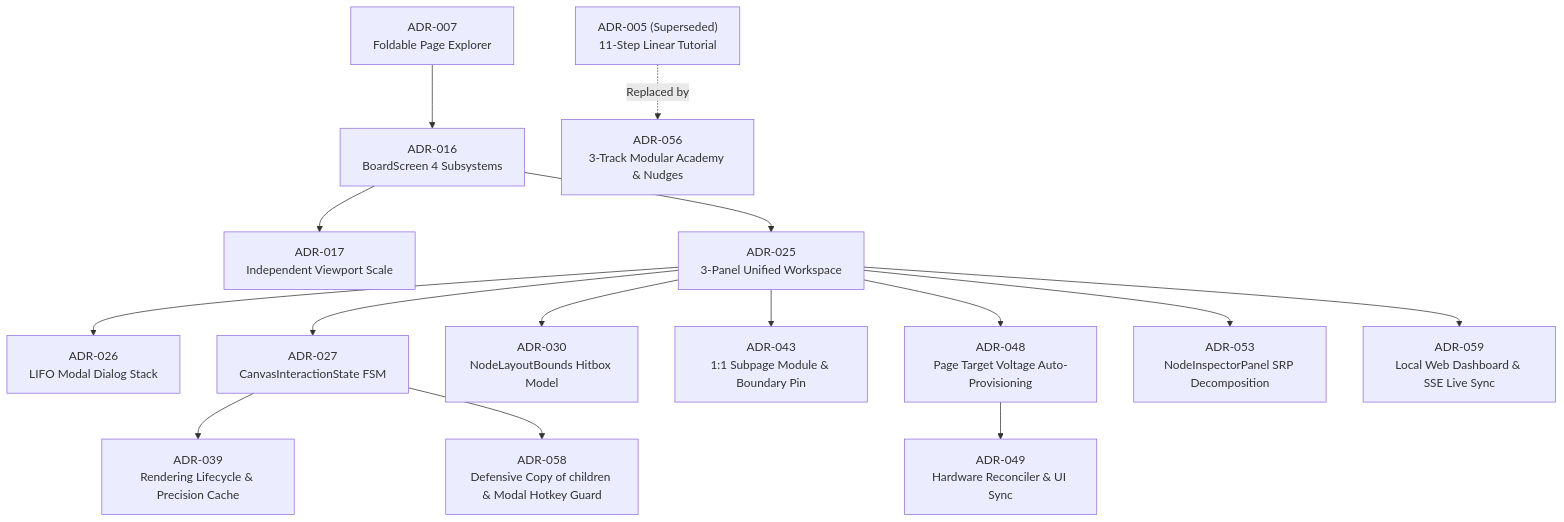
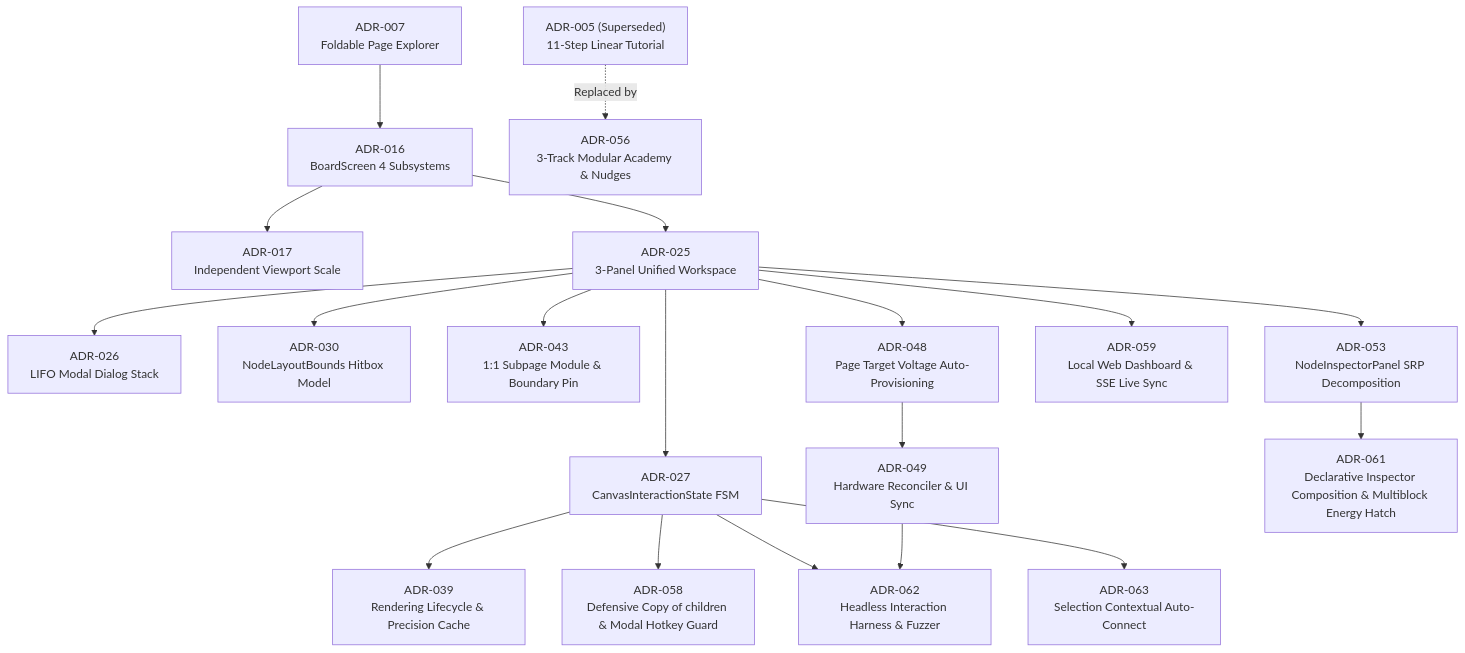
Before and after one commit to Amvermain/GregTechCalculatorBoard: the third of 4 diagrams in docs/adr/README_EN.md, drawn with Mermaid. The commit also changed other lines of this file and 212 other files, not shown here.

````diff
--- a/docs/adr/README_EN.md
+++ b/docs/adr/README_EN.md
@@ -60,17 +61,21 @@
 ```mermaid
 flowchart TD
     ADR007["ADR-007<br/>Foldable Page Explorer"] --> ADR016["ADR-016<br/>BoardScreen 4 Subsystems"]
     ADR016 --> ADR017["ADR-017<br/>Independent Viewport Scale"]
     ADR016 --> ADR025["ADR-025<br/>3-Panel Unified Workspace"]
     ADR025 --> ADR026["ADR-026<br/>LIFO Modal Dialog Stack"]
     ADR025 --> ADR027["ADR-027<br/>CanvasInteractionState FSM"]
     ADR025 --> ADR030["ADR-030<br/>NodeLayoutBounds Hitbox Model"]
     ADR027 --> ADR039["ADR-039<br/>Rendering Lifecycle & Precision Cache"]
     ADR025 --> ADR043["ADR-043<br/>1:1 Subpage Module & Boundary Pin"]
     ADR025 --> ADR048["ADR-048<br/>Page Target Voltage Auto-Provisioning"]
     ADR048 --> ADR049["ADR-049<br/>Hardware Reconciler & UI Sync"]
     ADR025 --> ADR053["ADR-053<br/>NodeInspectorPanel SRP Decomposition"]
+    ADR053 --> ADR061["ADR-061<br/>Declarative Inspector Composition & Multiblock Energy Hatch"]
     ADR005["ADR-005 (Superseded)<br/>11-Step Linear Tutorial"] -.->|Replaced by| ADR056["ADR-056<br/>3-Track Modular Academy & Nudges"]
     ADR027 --> ADR058["ADR-058<br/>Defensive Copy of children & Modal Hotkey Guard"]
     ADR025 --> ADR059["ADR-059<br/>Local Web Dashboard & SSE Live Sync"]
+    ADR027 --> ADR062["ADR-062<br/>Headless Interaction Harness & Fuzzer"]
+    ADR049 --> ADR062
+    ADR027 --> ADR063["ADR-063<br/>Selection Contextual Auto-Connect"]
 ```
````
